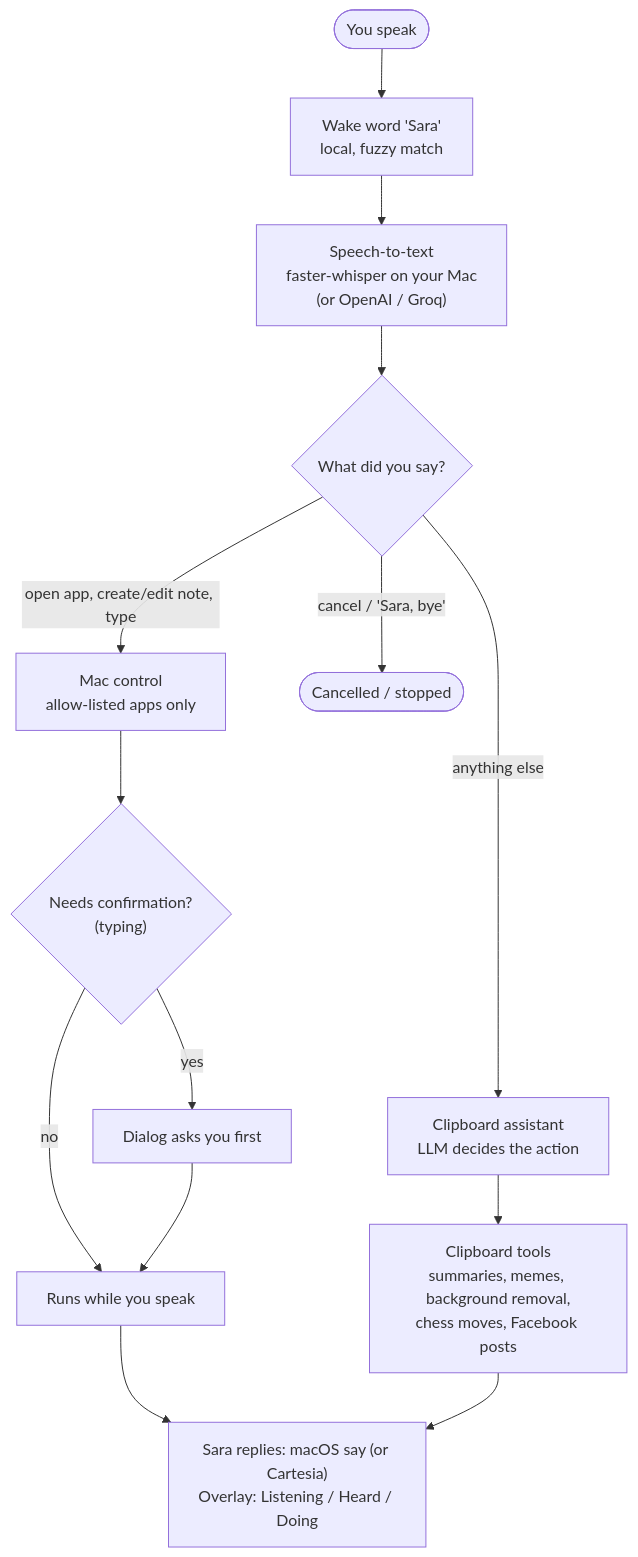
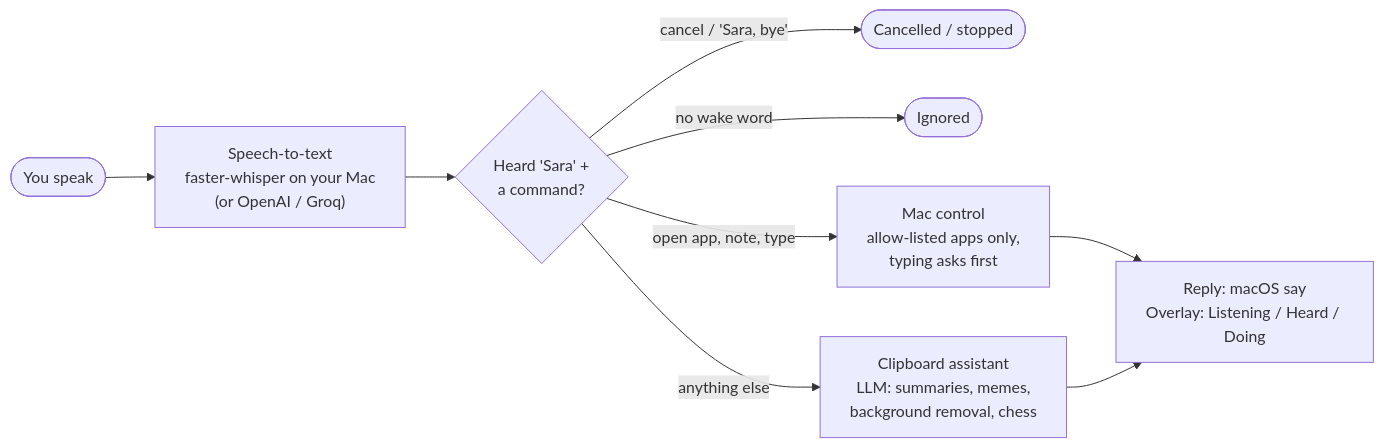
One commit to InesZenkri/Sara changed the diagram in README.md. Above: the diagram before and after it, drawn with Mermaid. The commit also changed other lines of this file, not shown here.

Commit message:
Fix flow order in diagram, drop unverified speed claims
Updated README to clarify functionality and features of Sara.

````diff
--- a/README.md
+++ b/README.md
@@ -9,16 +9,11 @@
 ```mermaid
-flowchart TD
-    A(["You speak"]) --> B["Wake word 'Sara'<br>local, fuzzy match"]
-    B --> C["Speech-to-text<br>faster-whisper on your Mac<br>(or OpenAI / Groq)"]
-    C --> D{"What did you say?"}
-    D -->|"open app, create/edit note, type"| E["Mac control<br>allow-listed apps only"]
-    D -->|"cancel / 'Sara, bye'"| X(["Cancelled / stopped"])
-    D -->|"anything else"| F["Clipboard assistant<br>LLM decides the action"]
-    E --> G{"Needs confirmation?<br>(typing)"}
-    G -->|yes| H["Dialog asks you first"]
-    G -->|no| I["Runs while you speak"]
-    H --> I
-    F --> J["Clipboard tools<br>summaries, memes, background removal,<br>chess moves, Facebook posts"]
-    I --> K["Sara replies: macOS say (or Cartesia)<br>Overlay: Listening / Heard / Doing"]
-    J --> K
+flowchart LR
+    A(["You speak"]) --> B["Speech-to-text<br>faster-whisper on your Mac<br>(or OpenAI / Groq)"]
+    B --> C{"Heard 'Sara' +<br>a command?"}
+    C -->|"cancel / 'Sara, bye'"| X(["Cancelled / stopped"])
+    C -->|"no wake word"| Y(["Ignored"])
+    C -->|"open app, note, type"| D["Mac control<br>allow-listed apps only,<br>typing asks first"]
+    C -->|"anything else"| E["Clipboard assistant<br>LLM: summaries, memes,<br>background removal, chess"]
+    D --> F["Reply: macOS say<br>Overlay: Listening / Heard / Doing"]
+    E --> F
 ```
````
